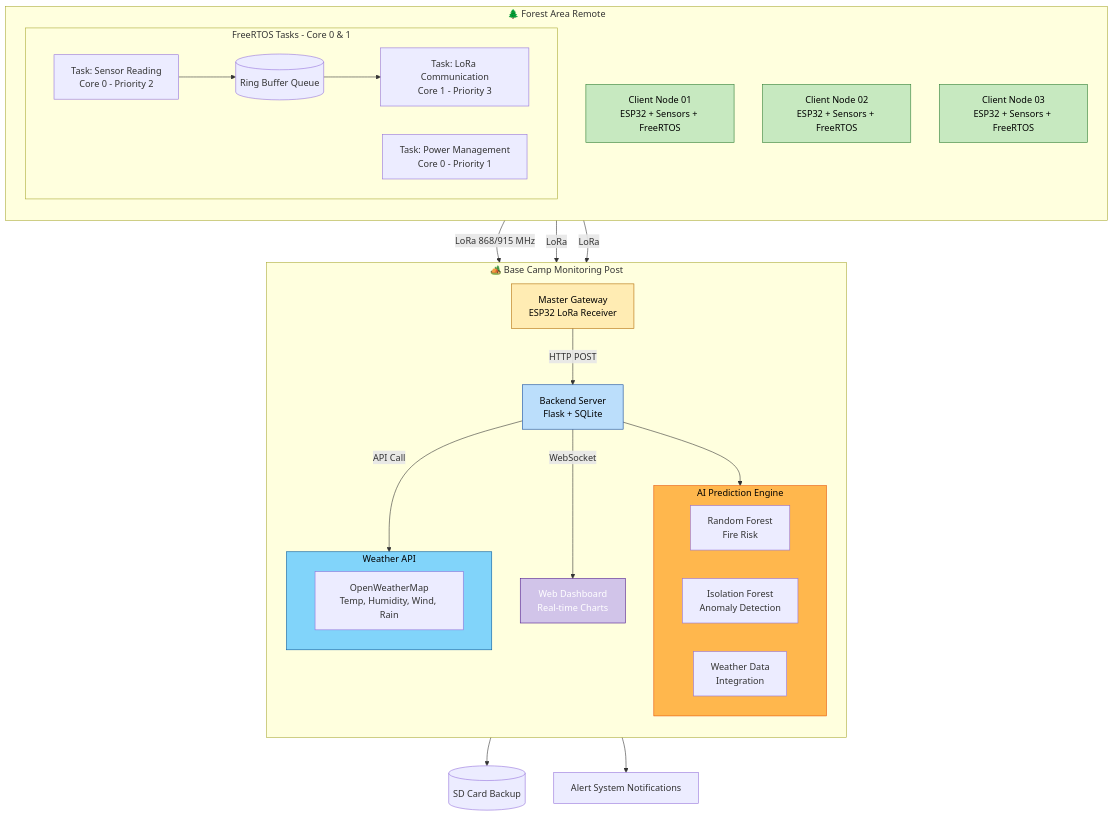
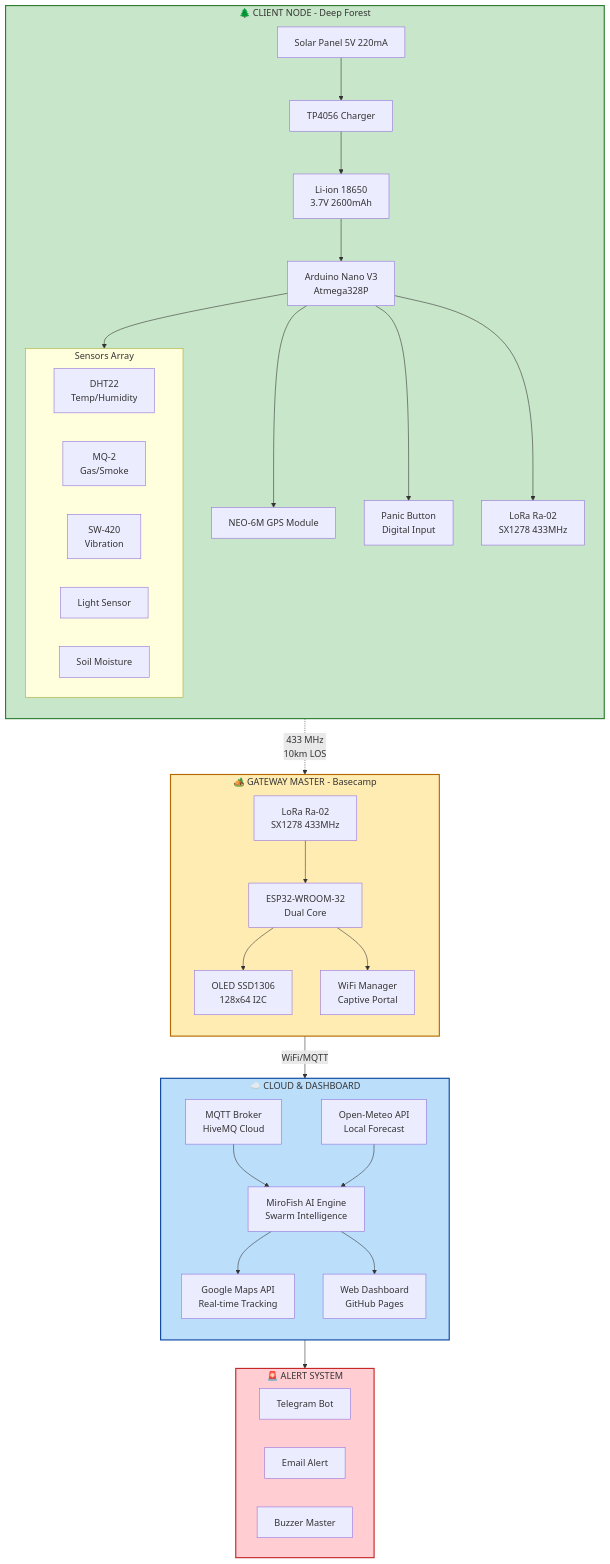
The first of 9 diagrams in README.md (ficrammanifur/offline-emergency-lora-system), drawn with Mermaid before and after one commit. The commit also changed other lines of this file, not shown here.

````diff
--- a/README.md
+++ b/README.md
@@ -55,54 +71,68 @@
 ```mermaid
 graph TD
-    subgraph A[🌲 Forest Area Remote]
+    subgraph CLIENT[🌲 CLIENT NODE - Deep Forest]
         direction TB
-        C1[Client Node 01<br>ESP32 + Sensors + FreeRTOS]
-        C2[Client Node 02<br>ESP32 + Sensors + FreeRTOS]
-        C3[Client Node 03<br>ESP32 + Sensors + FreeRTOS]
+        Nano[Arduino Nano V3<br>Atmega328P]
         
-        subgraph RTOS1[FreeRTOS Tasks - Core 0 & 1]
-            T1[Task: Sensor Reading<br>Core 0 - Priority 2]
-            T2[Task: Power Management<br>Core 0 - Priority 1]
-            T3[Task: LoRa Communication<br>Core 1 - Priority 3]
-            Q[(Ring Buffer Queue)]
-            T1 --> Q --> T3
+        subgraph Sensors[Sensors Array]
+            DHT[DHT22<br>Temp/Humidity]
+            MQ2[MQ-2<br>Gas/Smoke]
+            VIB[SW-420<br>Vibration]
+            LDR[Light Sensor]
+            SOIL[Soil Moisture]
         end
+        
+        GPS[NEO-6M GPS Module]
+        SOS[Panic Button<br>Digital Input]
+        SOLAR[Solar Panel 5V 220mA]
+        TP4056[TP4056 Charger]
+        BATT[Li-ion 18650<br>3.7V 2600mAh]
+        LORA1[LoRa Ra-02<br>SX1278 433MHz]
+        
+        SOLAR --> TP4056
+        TP4056 --> BATT
+        BATT --> Nano
+        Nano --> Sensors & GPS & SOS
+        Nano --> LORA1
     end
 
-    subgraph B[🏕️ Base Camp Monitoring Post]
+    subgraph MASTER[🏕️ GATEWAY MASTER - Basecamp]
         direction TB
-        MG[Master Gateway<br>ESP32 LoRa Receiver]
-        BE[Backend Server<br>Flask + SQLite]
-        WD[Web Dashboard<br>Real-time Charts]
+        ESP32[ESP32-WROOM-32<br>Dual Core]
+        LORA2[LoRa Ra-02<br>SX1278 433MHz]
+        OLED[OLED SSD1306<br>128x64 I2C]
+        WM[WiFi Manager<br>Captive Portal]
         
-        subgraph AI[AI Prediction Engine]
-            P1[Random Forest<br>Fire Risk]
-            P2[Isolation Forest<br>Anomaly Detection]
-            P3[Weather Data<br>Integration]
-        end
-        
-        subgraph Weather[Weather API]
-            W1[OpenWeatherMap<br>Temp, Humidity, Wind, Rain]
-        end
+        LORA2 --> ESP32
+        ESP32 --> OLED & WM
     end
 
-    C1 -- LoRa 868/915 MHz --> MG
-    C2 -- LoRa --> MG
-    C3 -- LoRa --> MG
-    
-    MG -- HTTP POST --> BE
-    BE --> AI
-    BE -- API Call --> Weather
-    BE -- WebSocket --> WD
-    MG --> SD[(SD Card Backup)]
-    BE --> AL[Alert System Notifications]
+    subgraph CLOUD[☁️ CLOUD & DASHBOARD]
+        direction TB
+        MQTT[MQTT Broker<br>HiveMQ Cloud]
+        MF[MiroFish AI Engine<br>Swarm Intelligence]
+        MAPS[Google Maps API<br>Real-time Tracking]
+        WEATHER[Open-Meteo API<br>Local Forecast]
+        DASH[Web Dashboard<br>GitHub Pages]
+        
+        ESP32 -- WiFi/MQTT --> MQTT
+        MQTT --> MF
+        MF --> MAPS
+        WEATHER --> MF
+        MF --> DASH
+    end
 
-    style C1 fill:#c7e9c0,stroke:#2e7d32,color:#000
-    style C2 fill:#c7e9c0,stroke:#2e7d32,color:#000
-    style C3 fill:#c7e9c0,stroke:#2e7d32,color:#000
-    style MG fill:#ffecb3,stroke:#b26a00,color:#000
-    style BE fill:#bbdefb,stroke:#0d47a1,color:#000
-    style WD fill:#d1c4e9,stroke:#4a148c,color:#fff
-    style AI fill:#ffb74d,stroke:#e65100,color:#000
-    style Weather fill:#81d4fa,stroke:#01579b,color:#000
+    subgraph ALERT[🚨 ALERT SYSTEM]
+        TELE[Telegram Bot]
+        EMAIL[Email Alert]
+        BUZZ[Buzzer Master]
+    end
+
+    LORA1 -.->|433 MHz<br>10km LOS| LORA2
+    MF --> ALERT
+
+    style CLIENT fill:#c8e6c9,stroke:#2e7d32,stroke-width:2px
+    style MASTER fill:#ffecb3,stroke:#b26a00,stroke-width:2px
+    style CLOUD fill:#bbdefb,stroke:#0d47a1,stroke-width:2px
+    style ALERT fill:#ffcdd2,stroke:#c62828,stroke-width:2px
 ```
````
